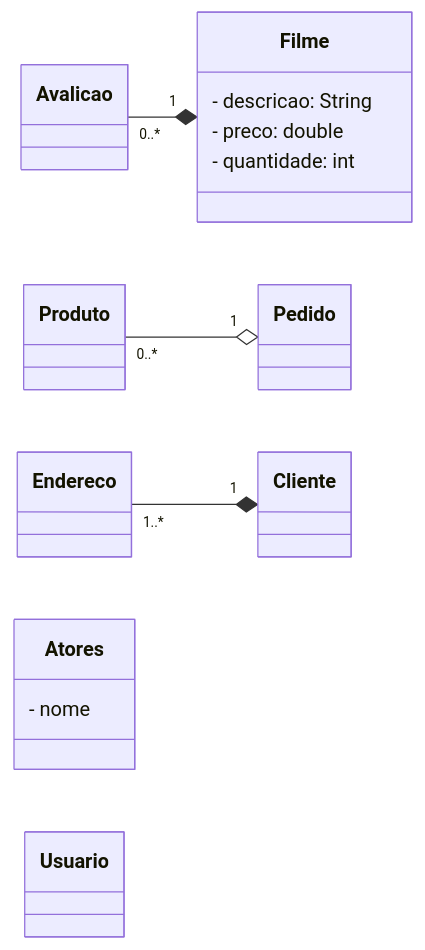
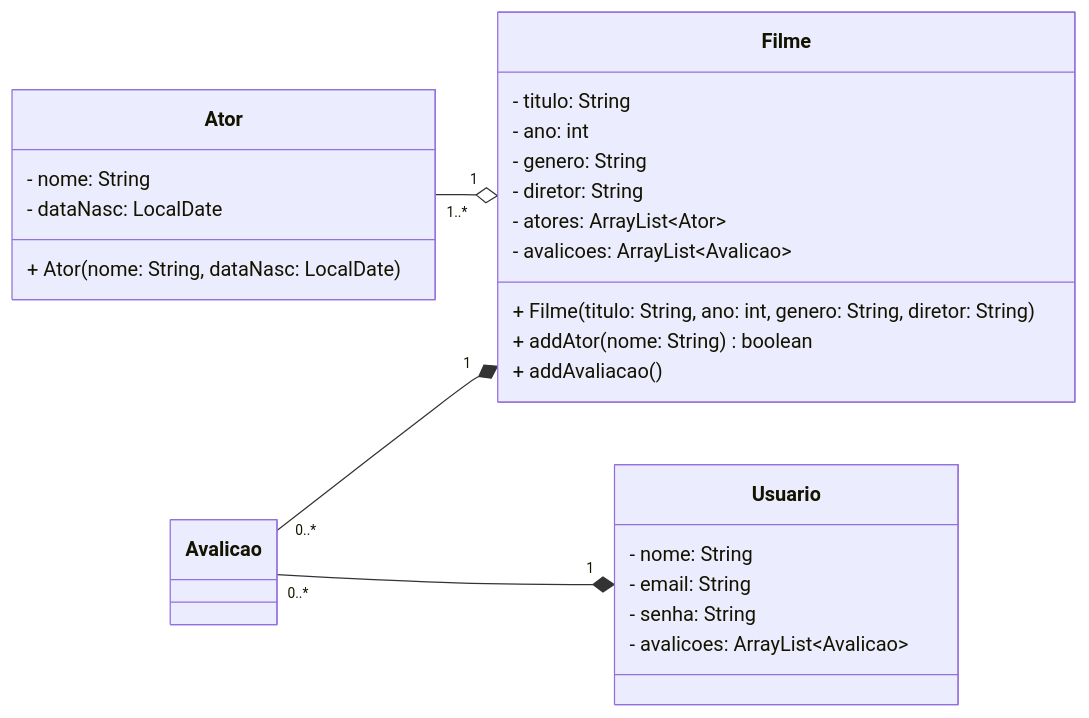
Before and after one commit to sfvini/POO: the second of 2 diagrams in lab_04/README.md, drawn with Mermaid. The commit also changed other lines of this file, not shown here.

Commit message:
lab 4 - falta terminar

````diff
--- a/lab_04/README.md
+++ b/lab_04/README.md
@@ -62,26 +62,36 @@
 ```mermaid
 classDiagram
     direction LR
 
+    Ator"1..*" --o "1"Filme
+    Avalicao"0..*" --* "1"Usuario
     Avalicao"0..*" --* "1"Filme
-    Produto"0..*" --o "1"Pedido
-    Endereco"1..*" --* "1"Cliente
 
     class Filme {
-        - descricao: String 
-        - preco: double
-        - quantidade: int
+        - titulo: String
+        - ano:  int
+        - genero: String
+        - diretor: String
+        - atores: ArrayList~Ator~
+        - avalicoes: ArrayList~Avalicao~
+        + Filme(titulo: String, ano: int, genero: String, diretor: String) 
+        + addAtor(nome: String) boolean
+        + addAvaliacao()
     }
     
-    class Atores {
-        - nome
+    class Ator {
+        - nome: String
+        - dataNasc: LocalDate
+        + Ator(nome: String, dataNasc: LocalDate)
     }
     
-        class Usuario {
-        
+    class Usuario {
+        - nome: String
+        - email: String
+        - senha: String
+        - avalicoes: ArrayList~Avalicao~
     }
     
     class Avalicao {
-        
     }
 ```
````
